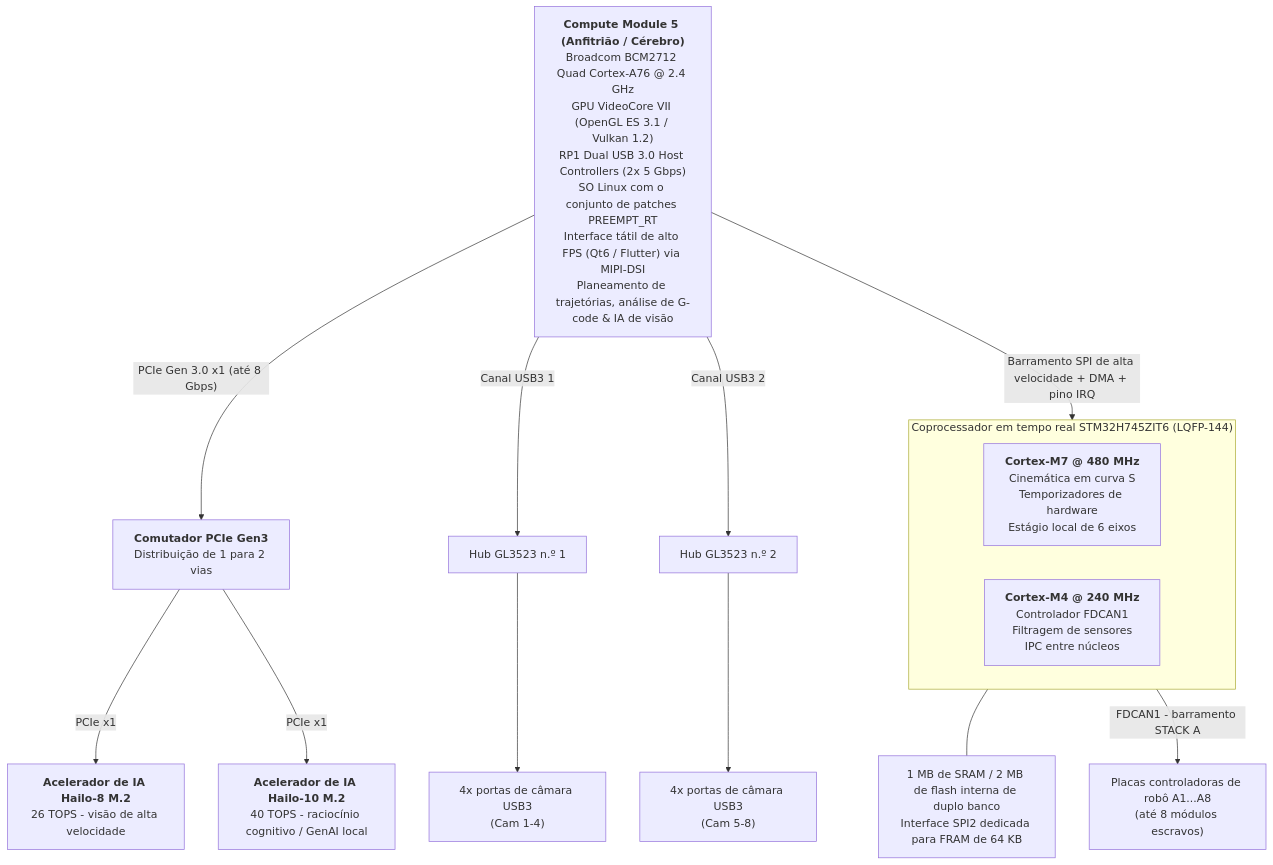
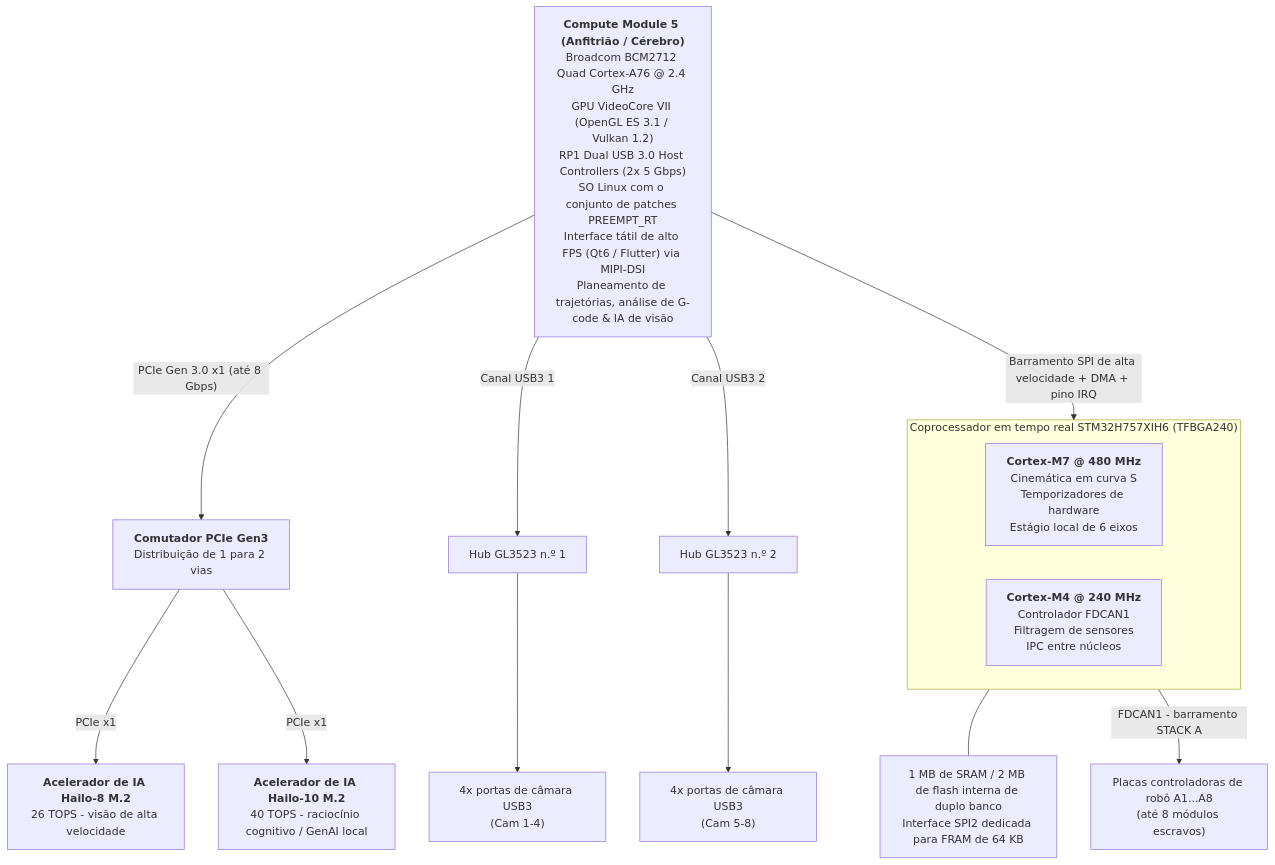
One commit to JuanenRac/HYDRA-UMC changed the first of 3 diagrams in README_por.md. Above: the diagram before and after it, drawn with Mermaid. The commit also changed other lines of this file and 41 other files, not shown here.

````diff
--- a/README_por.md
+++ b/README_por.md
@@ -89,24 +91,24 @@
 ```mermaid
 flowchart TB
     CM5["<b>Compute Module 5 (Anfitrião / Cérebro)</b><br/>Broadcom BCM2712 Quad Cortex-A76 @ 2.4 GHz<br/>GPU VideoCore VII (OpenGL ES 3.1 / Vulkan 1.2)<br/>RP1 Dual USB 3.0 Host Controllers (2x 5 Gbps)<br/>SO Linux com o conjunto de patches PREEMPT_RT<br/>Interface tátil de alto FPS (Qt6 / Flutter) via MIPI-DSI<br/>Planeamento de trajetórias, análise de G-code &amp; IA de visão"]
 
     CM5 -- "PCIe Gen 3.0 x1 (até 8 Gbps)" --> PCIESW["<b>Comutador PCIe Gen3</b><br/>Distribuição de 1 para 2 vias"]
     PCIESW -- "PCIe x1" --> HAILO8["<b>Acelerador de IA Hailo-8 M.2</b><br/>26 TOPS - visão de alta velocidade"]
     PCIESW -- "PCIe x1" --> HAILO10["<b>Acelerador de IA Hailo-10 M.2</b><br/>40 TOPS - raciocínio cognitivo / GenAI local"]
     CM5 -- "Canal USB3 1" --> HUB1["Hub GL3523 n.º 1"]
     CM5 -- "Canal USB3 2" --> HUB2["Hub GL3523 n.º 2"]
     HUB1 --> CAM14["4x portas de câmara USB3<br/>(Cam 1-4)"]
     HUB2 --> CAM58["4x portas de câmara USB3<br/>(Cam 5-8)"]
 
     CM5 -- "Barramento SPI de alta velocidade + DMA + pino IRQ" --> MCU
 
-    subgraph MCU["Coprocessador em tempo real STM32H745ZIT6 (LQFP-144)"]
+    subgraph MCU["Coprocessador em tempo real STM32H757XIH6 (TFBGA240)"]
         direction LR
         CM7["<b>Cortex-M7 @ 480 MHz</b><br/>Cinemática em curva S<br/>Temporizadores de hardware<br/>Estágio local de 6 eixos"]
         CM4["<b>Cortex-M4 @ 240 MHz</b><br/>Controlador FDCAN1<br/>Filtragem de sensores<br/>IPC entre núcleos"]
     end
     MEM["1 MB de SRAM / 2 MB de flash interna de duplo banco<br/>Interface SPI2 dedicada para FRAM de 64 KB"]
     MCU --- MEM
 
     MCU -- "FDCAN1 - barramento STACK A" --> ROBOTS["Placas controladoras de robô A1...A8<br/>(até 8 módulos escravos)"]
 ```
````
